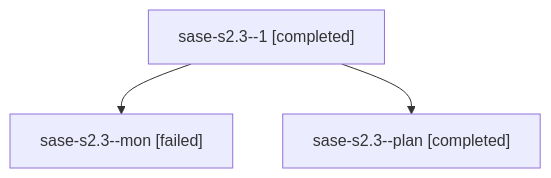
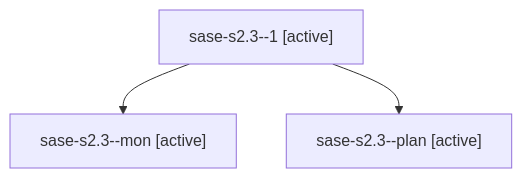
The diagram in families/bbugyi200.athena.sase-s2.3.md (sase-org/sase--agents), drawn with Mermaid before and after one commit. The commit also changed other lines of this file and 35830 other files, not shown here.

````diff
--- a/families/bbugyi200.athena.sase-s2.3.md
+++ b/families/bbugyi200.athena.sase-s2.3.md
@@ -9,8 +9,8 @@
 ```mermaid
 flowchart TD
-  n0["sase-s2.3--1 [completed]"]
-  n1["sase-s2.3--mon [failed]"]
+  n0["sase-s2.3--1 [active]"]
+  n1["sase-s2.3--mon [active]"]
   n0 --> n1
-  n2["sase-s2.3--plan [completed]"]
+  n2["sase-s2.3--plan [active]"]
   n0 --> n2
 ```
````
